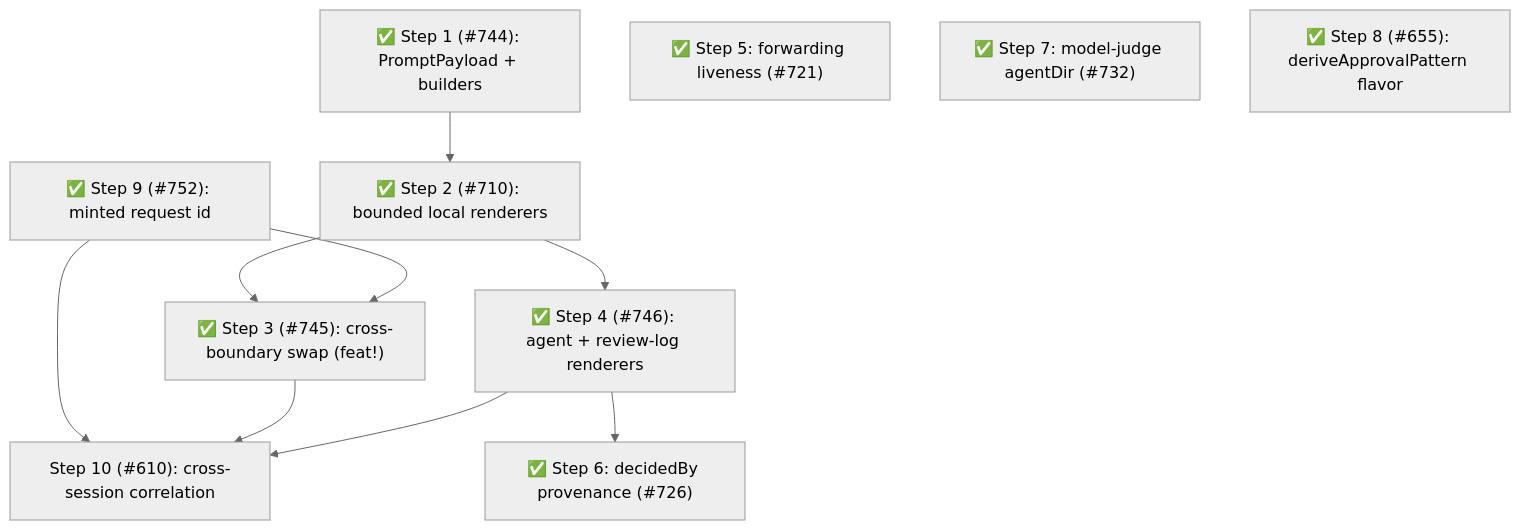
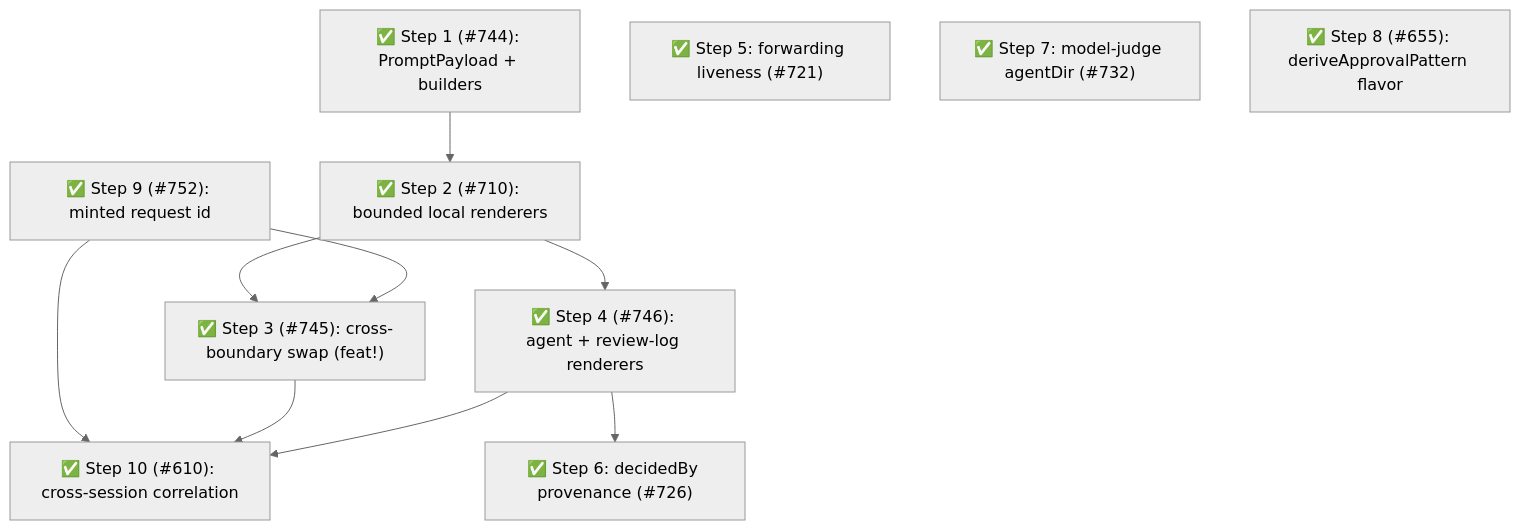
One commit to coderdkai/pi-packages changed the fourth of 4 diagrams in packages/pi-permission-system/docs/architecture/architecture.md. Above: the diagram before and after it, drawn with Mermaid (neutral theme). The commit also changed other lines of this file and 3 other files, not shown here.

````diff
--- a/packages/pi-permission-system/docs/architecture/architecture.md
+++ b/packages/pi-permission-system/docs/architecture/architecture.md
@@ -1153,14 +1164,14 @@
 ```mermaid
 flowchart TD
     S1["✅ Step 1 (#744): PromptPayload + builders"] --> S2["✅ Step 2 (#710): bounded local renderers"]
     S2 --> S3["✅ Step 3 (#745): cross-boundary swap (feat!)"]
     S2 --> S4["✅ Step 4 (#746): agent + review-log renderers"]
     S4 --> S6["✅ Step 6: decidedBy provenance (#726)"]
     S9["✅ Step 9 (#752): minted request id"] --> S3
-    S9 --> S10["Step 10 (#610): cross-session correlation"]
+    S9 --> S10["✅ Step 10 (#610): cross-session correlation"]
     S3 --> S10
     S4 --> S10
     S5["✅ Step 5: forwarding liveness (#721)"]
     S7["✅ Step 7: model-judge agentDir (#732)"]
     S8["✅ Step 8 (#655): deriveApprovalPattern flavor"]
 ```
````
